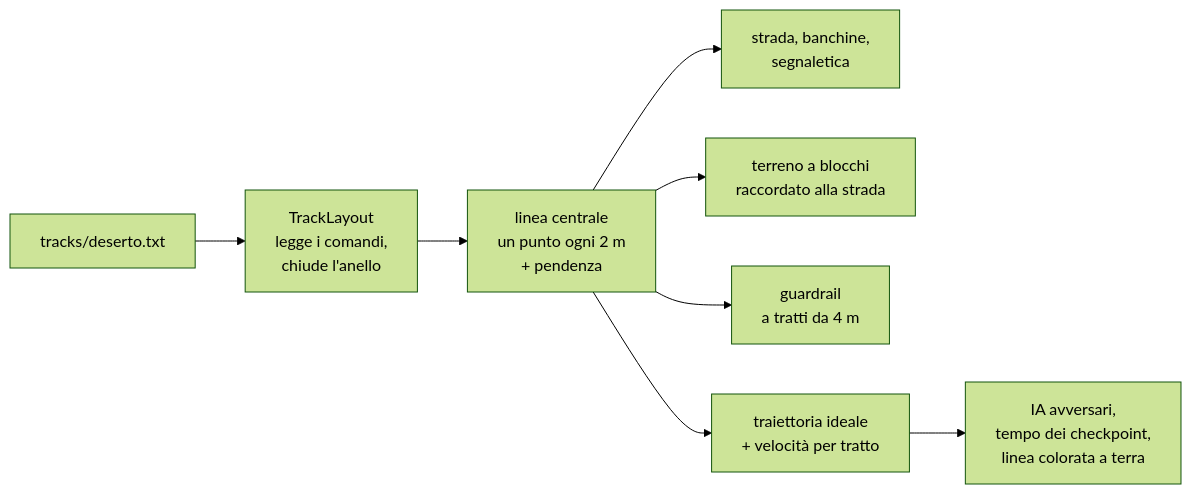
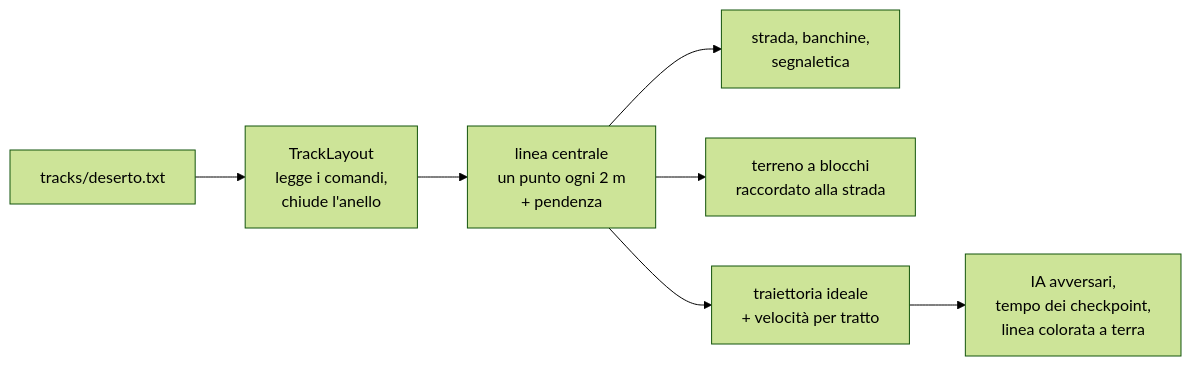
Before and after one commit to stefanopaglierani/nitro-underground: the second of 2 diagrams in docs/TECNICO.md, drawn with Mermaid (forest theme). The commit also changed other lines of this file and 439 other files, not shown here.

First line of the commit message:
v0.13.1: lighter cars and textures, realistic base graphics, no guardrails, new police

````diff
--- a/docs/TECNICO.md
+++ b/docs/TECNICO.md
@@ -175,10 +176,9 @@
 ```mermaid
 flowchart LR
     A["tracks/deserto.txt"] --> B["TrackLayout<br/>legge i comandi,<br/>chiude l'anello"]
     B --> C["linea centrale<br/>un punto ogni 2 m<br/>+ pendenza"]
     C --> D["strada, banchine,<br/>segnaletica"]
     C --> E["terreno a blocchi<br/>raccordato alla strada"]
-    C --> F["guardrail<br/>a tratti da 4 m"]
     C --> G["traiettoria ideale<br/>+ velocità per tratto"]
     G --> H["IA avversari,<br/>tempo dei checkpoint,<br/>linea colorata a terra"]
 ```
````
